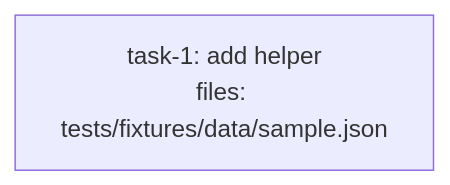
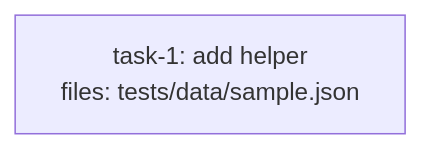
One commit to BrettNye/parallel-dag-execution changed the diagram in tests/fixtures/review-mode/should-warn/s10-fixture-only-no-merged.md. Above: the diagram before and after it, drawn with Mermaid. The commit also changed other lines of this file, not shown here.

Commit message:
fix(review-mode): use tests/data path so s10-fixture-only matches the S10 glob

````diff
--- a/tests/fixtures/review-mode/should-warn/s10-fixture-only-no-merged.md
+++ b/tests/fixtures/review-mode/should-warn/s10-fixture-only-no-merged.md
@@ -8,10 +8,10 @@
 ```mermaid
 flowchart TD
-    task-1["task-1: add helper<br/>files: tests/fixtures/data/sample.json"]
+    task-1["task-1: add helper<br/>files: tests/data/sample.json"]
 
     classDef done fill:#90ee90,stroke:#333
     classDef ready fill:#fffacd,stroke:#333
     classDef running fill:#87ceeb,stroke:#333
     classDef failed fill:#ffb6c1,stroke:#333
     classDef skipped fill:#d3d3d3,stroke:#333,stroke-dasharray: 5 5
 ```
````
